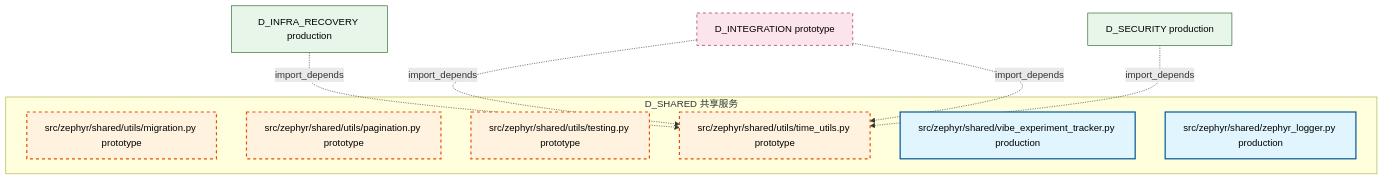
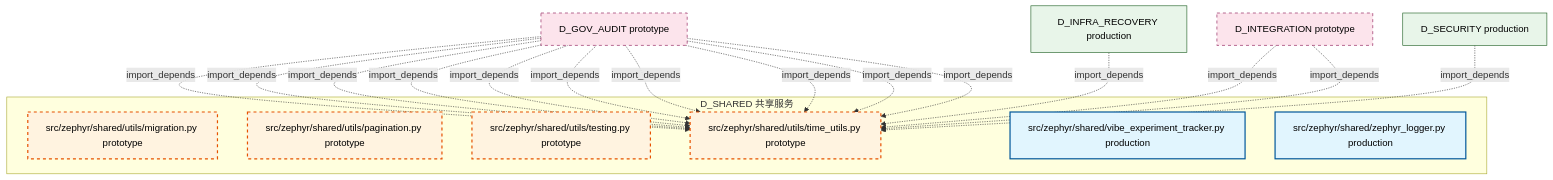
One commit to xuanFelixVan/ZephyrAlpha changed the ninth of 9 diagrams in docs/02_enterprise_architecture/02_domain_architecture_docs/20_d_shared.md. Above: the diagram before and after it, drawn with Mermaid. The commit also changed other lines of this file and 105 other files, not shown here.

````diff
--- a/docs/02_enterprise_architecture/02_domain_architecture_docs/20_d_shared.md
+++ b/docs/02_enterprise_architecture/02_domain_architecture_docs/20_d_shared.md
@@ -640,26 +662,37 @@
 ```mermaid
 graph TD
     subgraph D_SHARED["D_SHARED 共享服务"]
         src_zephyr_shared_utils_migration_py["src/zephyr/shared/utils/migration.py prototype"]
         src_zephyr_shared_utils_pagination_py["src/zephyr/shared/utils/pagination.py prototype"]
         src_zephyr_shared_utils_testing_py["src/zephyr/shared/utils/testing.py prototype"]
         src_zephyr_shared_utils_time_utils_py["src/zephyr/shared/utils/time_utils.py prototype"]
         src_zephyr_shared_vibe_experiment_tracker_py["src/zephyr/shared/vibe_experiment_tracker.py production"]
         src_zephyr_shared_zephyr_logger_py["src/zephyr/shared/zephyr_logger.py production"]
     end
+    D_GOV_AUDIT["D_GOV_AUDIT prototype"]
+    D_GOV_AUDIT -.->|import_depends| src_zephyr_shared_utils_time_utils_py
+    D_GOV_AUDIT -.->|import_depends| src_zephyr_shared_utils_time_utils_py
+    D_GOV_AUDIT -.->|import_depends| src_zephyr_shared_utils_time_utils_py
+    D_GOV_AUDIT -.->|import_depends| src_zephyr_shared_utils_time_utils_py
+    D_GOV_AUDIT -.->|import_depends| src_zephyr_shared_utils_time_utils_py
+    D_GOV_AUDIT -.->|import_depends| src_zephyr_shared_utils_time_utils_py
+    D_GOV_AUDIT -.->|import_depends| src_zephyr_shared_utils_time_utils_py
+    D_GOV_AUDIT -.->|import_depends| src_zephyr_shared_utils_time_utils_py
+    D_GOV_AUDIT -.->|import_depends| src_zephyr_shared_utils_time_utils_py
+    D_GOV_AUDIT -.->|import_depends| src_zephyr_shared_utils_time_utils_py
     D_INFRA_RECOVERY["D_INFRA_RECOVERY production"]
     D_INFRA_RECOVERY -.->|import_depends| src_zephyr_shared_utils_time_utils_py
     D_INTEGRATION["D_INTEGRATION prototype"]
     D_INTEGRATION -.->|import_depends| src_zephyr_shared_utils_time_utils_py
     D_INTEGRATION -.->|import_depends| src_zephyr_shared_utils_time_utils_py
     D_SECURITY["D_SECURITY production"]
     D_SECURITY -.->|import_depends| src_zephyr_shared_utils_time_utils_py
     classDef production fill:#e1f5fe,stroke:#01579b,stroke-width:2px,color:#000
     classDef design fill:#fff3e0,stroke:#e65100,stroke-width:2px,color:#000,stroke-dasharray: 5 5
     classDef external_prod fill:#e8f5e9,stroke:#1b5e20,stroke-width:1px,color:#000
     classDef external_design fill:#fce4ec,stroke:#880e4f,stroke-width:1px,color:#000,stroke-dasharray: 5 5
     class src_zephyr_shared_vibe_experiment_tracker_py,src_zephyr_shared_zephyr_logger_py production
     class src_zephyr_shared_utils_migration_py,src_zephyr_shared_utils_pagination_py,src_zephyr_shared_utils_testing_py,src_zephyr_shared_utils_time_utils_py design
     class D_INFRA_RECOVERY,D_SECURITY external_prod
-    class D_INTEGRATION external_design
+    class D_GOV_AUDIT,D_INTEGRATION external_design
 ```
````
